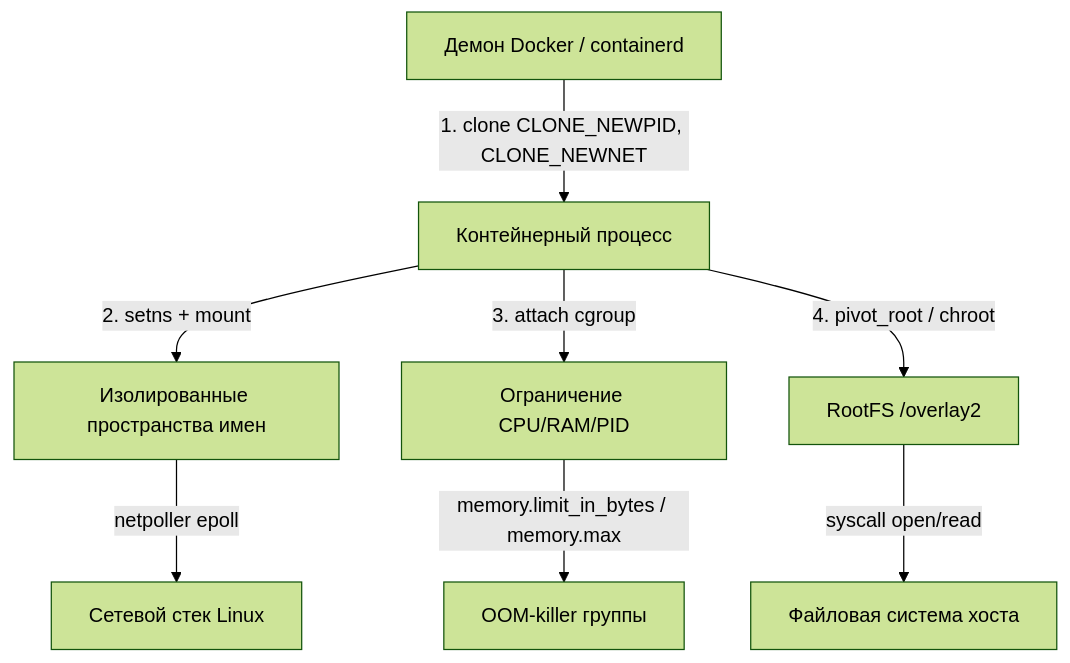
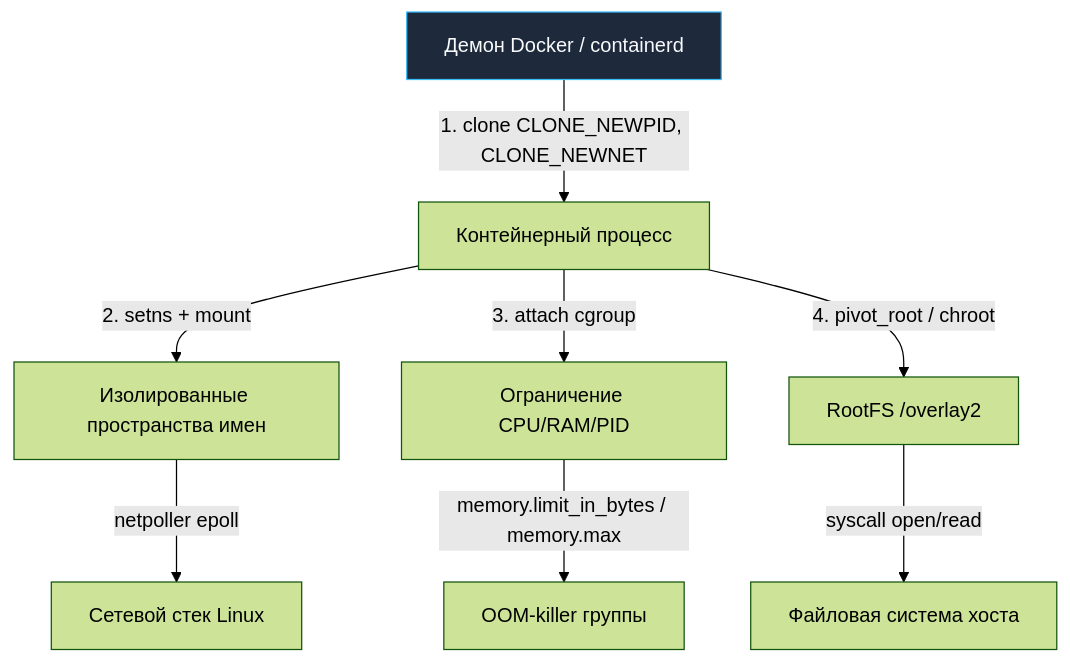
The second of 2 diagrams in sources/2. Устройство и работа ОС/54. Изоляция процессов в Linux.md (UnrealTemplier/go-textbook), drawn with Mermaid (forest theme) before and after one commit. The commit also changed other lines of this file and 1666 other files, not shown here.

First line of the commit message:
feat(mermaid): add semantic color classDef to 1369 colorless flowchart/graph diagrams

````diff
--- a/sources/2. Устройство и работа ОС/54. Изоляция процессов в Linux.md
+++ b/sources/2. Устройство и работа ОС/54. Изоляция процессов в Linux.md
@@ -104,10 +114,20 @@
 ```mermaid
 flowchart TD
-    A["Демон Docker / containerd"] -->|"1. clone CLONE_NEWPID, CLONE_NEWNET"| B["Контейнерный процесс"]
+    classDef process  fill:#1e293b,stroke:#38bdf8,stroke-width:1px,color:#f8fafc
+    classDef success  fill:#064e3b,stroke:#34d399,stroke-width:1px,color:#f8fafc
+    classDef error    fill:#7f1d1d,stroke:#f87171,stroke-width:1px,color:#f8fafc
+    classDef warning  fill:#78350f,stroke:#fbbf24,stroke-width:1px,color:#f8fafc
+    classDef entry    fill:#1e3a5f,stroke:#38bdf8,stroke-width:2px,color:#f8fafc
+    classDef aux      fill:#334155,stroke:#64748b,stroke-width:1px,color:#f8fafc
+    classDef system   fill:#312e81,stroke:#a78bfa,stroke-width:1px,color:#f8fafc
+    classDef data     fill:#132d29,stroke:#2dd4bf,stroke-width:1px,color:#f8fafc
+    classDef network  fill:#881337,stroke:#fb7185,stroke-width:1px,color:#f8fafc
+    classDef accent   fill:#1e1b4b,stroke:#818cf8,stroke-width:1px,color:#f8fafc
+    A["Демон Docker / containerd"]:::process -->|"1. clone CLONE_NEWPID, CLONE_NEWNET"| B["Контейнерный процесс"]
     B -->|"2. setns + mount"| C["Изолированные пространства имен"]
     B -->|"3. attach cgroup"| D["Ограничение CPU/RAM/PID"]
     B -->|"4. pivot_root / chroot"| E["RootFS /overlay2"]
     C -->|"netpoller epoll"| F["Сетевой стек Linux"]
     D -->|"memory.limit_in_bytes / memory.max"| G["OOM-killer группы"]
     E -->|"syscall open/read"| H["Файловая система хоста"]
 ```
````
